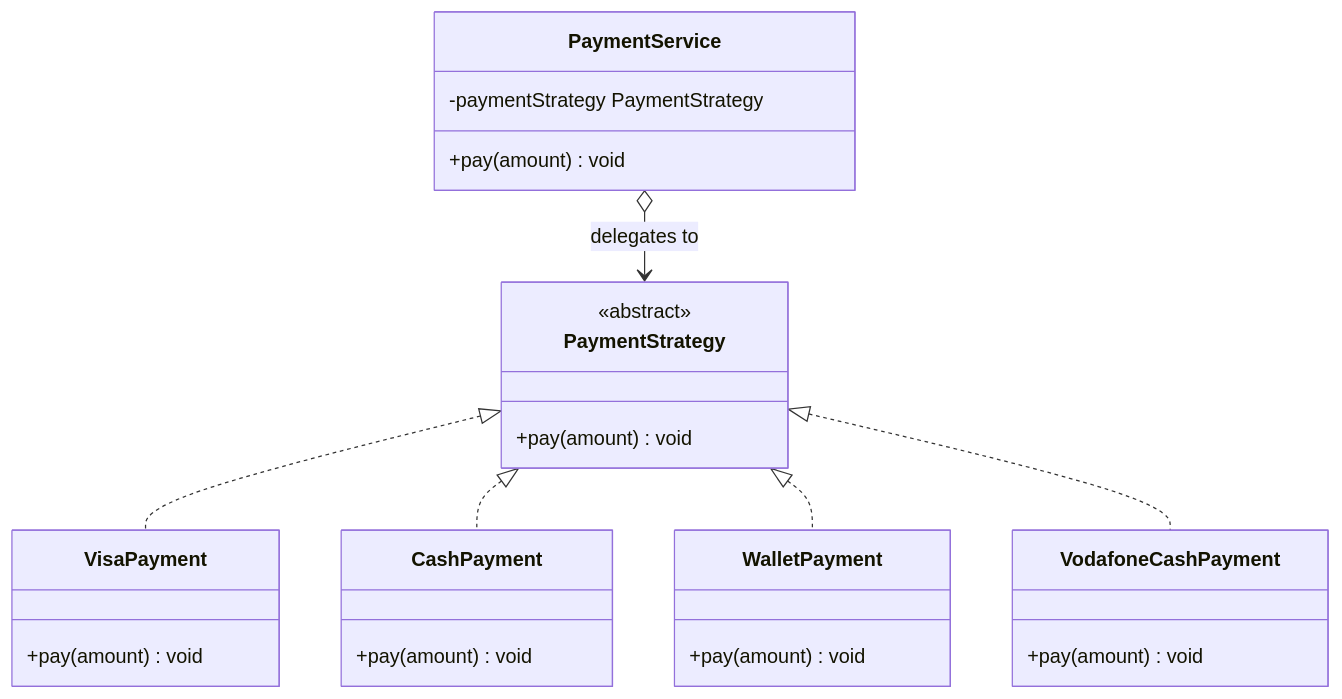
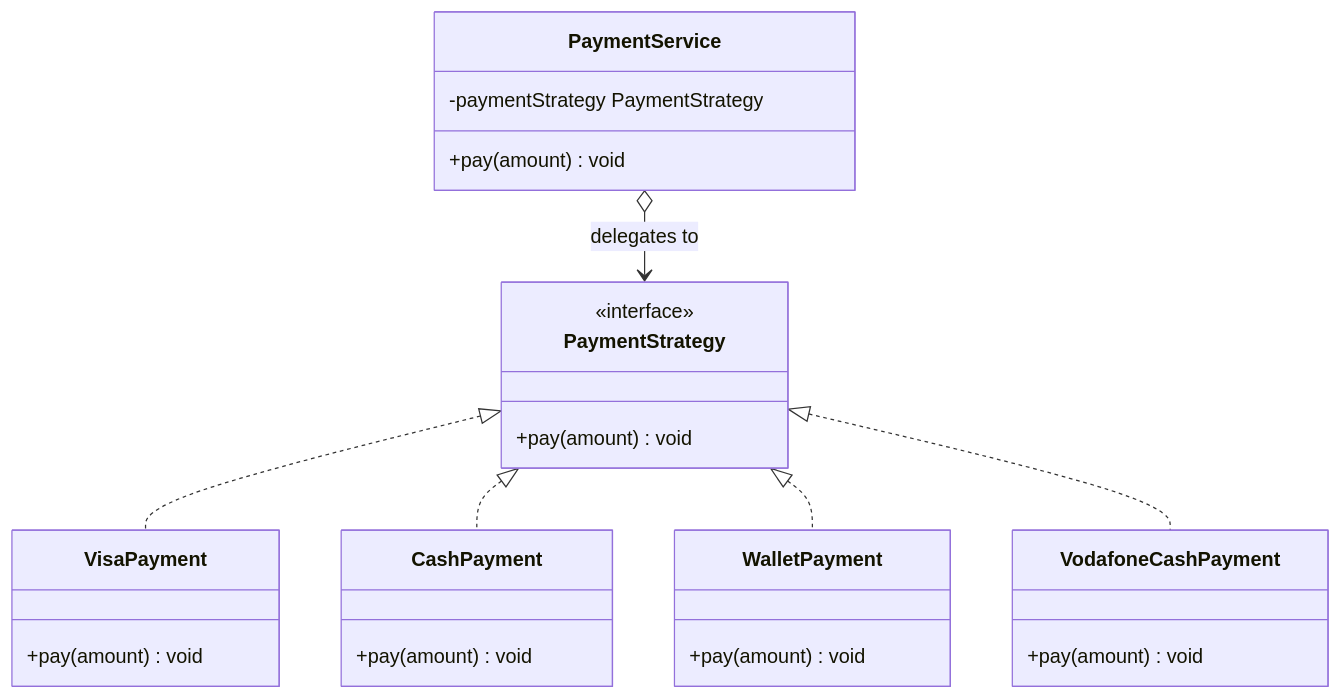
Before and after one commit to AhmedOmran22/Head-First-Desgin-patterns: the diagram in 1-strategy/README.md, drawn with Mermaid. The commit also changed other lines of this file, not shown here.

First line of the commit message:
Expand Strategy README with full pattern write-up

````diff
--- a/1-strategy/README.md
+++ b/1-strategy/README.md
@@ -9,29 +61,34 @@
 ```mermaid
 classDiagram
     class PaymentStrategy {
-        <<abstract>>
+        <<interface>>
         +pay(amount) void
     }
     class VisaPayment {
+        %% Concrete strategy: charges a Visa card
         +pay(amount) void
     }
     class CashPayment {
+        %% Concrete strategy: accepts physical cash
         +pay(amount) void
     }
     class WalletPayment {
+        %% Concrete strategy: deducts from a mobile wallet
         +pay(amount) void
     }
     class VodafoneCashPayment {
+        %% Concrete strategy: charges via Vodafone Cash
         +pay(amount) void
     }
     class PaymentService {
+        %% Context: holds a strategy and delegates to it
         -paymentStrategy PaymentStrategy
         +pay(amount) void
     }
 
     PaymentStrategy <|.. VisaPayment
     PaymentStrategy <|.. CashPayment
     PaymentStrategy <|.. WalletPayment
     PaymentStrategy <|.. VodafoneCashPayment
     PaymentService o--> PaymentStrategy : delegates to
 ```
````
